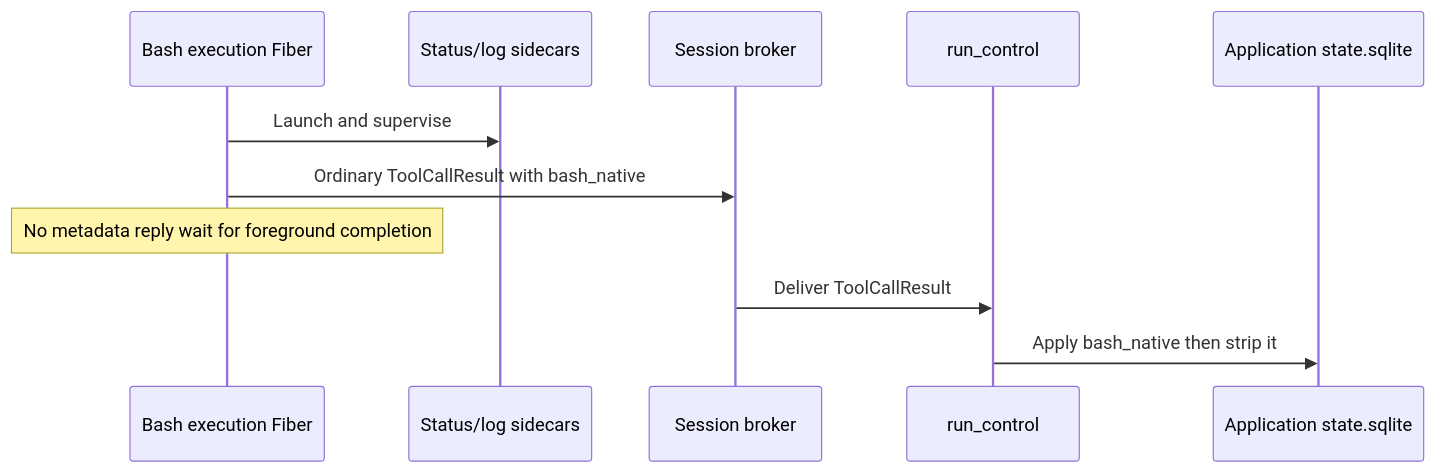
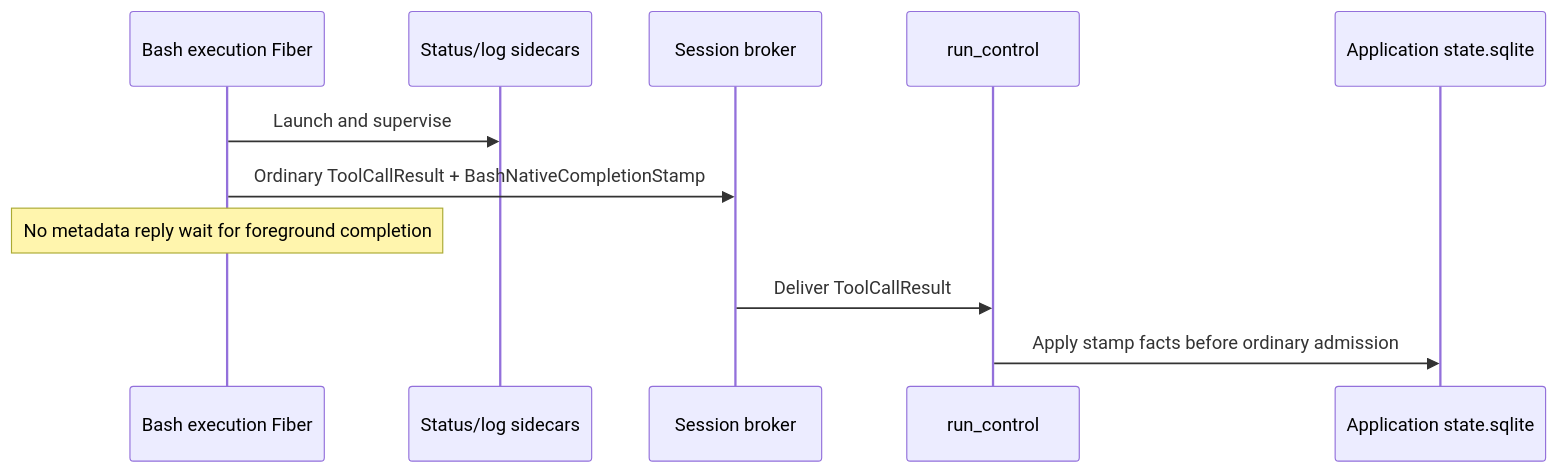
One commit to ineersa/agent-core changed the fourth of 7 diagrams in architecture/processes-and-queues.md. Above: the diagram before and after it, drawn with Mermaid. The commit also changed other lines of this file and 16 other files, not shown here.

First line of the commit message:
Remove Bash deferred lifecycle; stamp native facts on results

````diff
--- a/architecture/processes-and-queues.md
+++ b/architecture/processes-and-queues.md
@@ -177,14 +181,14 @@
 ```mermaid
 sequenceDiagram
     participant Tool as Bash execution Fiber
     participant Native as Status/log sidecars
     participant Broker as Session broker
     participant Owner as run_control
     participant DB as Application state.sqlite
 
     Tool->>Native: Launch and supervise
-    Tool->>Broker: Ordinary ToolCallResult with bash_native
+    Tool->>Broker: Ordinary ToolCallResult + BashNativeCompletionStamp
     Note over Tool: No metadata reply wait for foreground completion
     Broker->>Owner: Deliver ToolCallResult
-    Owner->>DB: Apply bash_native then strip it
+    Owner->>DB: Apply stamp facts before ordinary admission
 ```
````
